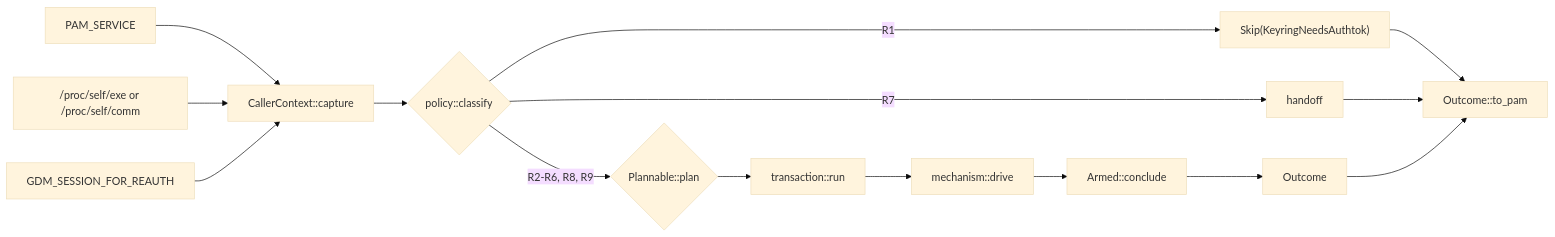
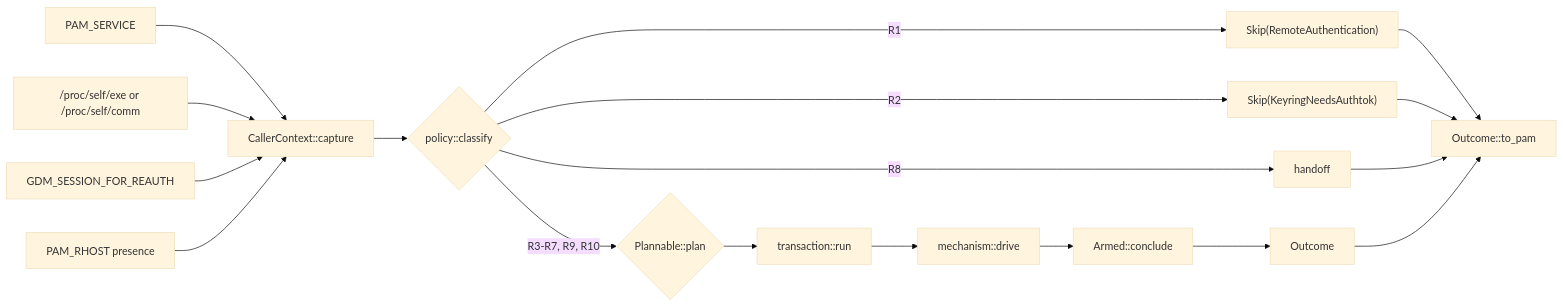
Before and after one commit to Lolle2000la/tapauth: the first of 2 diagrams in docs/design-documents/pam-conversation-policy.md, drawn with Mermaid (base theme). The commit also changed other lines of this file and 1 other file, not shown here.

First line of the commit message:
docs(pam): adopt the PAM conversation policy as an accepted design document

````diff
--- a/docs/design-documents/pam-conversation-policy.md
+++ b/docs/design-documents/pam-conversation-policy.md
@@ -621,17 +806,20 @@
 ```mermaid
 flowchart LR
   A["PAM_SERVICE"] --> C["CallerContext::capture"]
   B["/proc/self/exe or /proc/self/comm"] --> C
   E["GDM_SESSION_FOR_REAUTH"] --> C
+  R["PAM_RHOST presence"] --> C
   C --> P{"policy::classify"}
-  P -->|R1| S["Skip(KeyringNeedsAuthtok)"]
-  P -->|R7| H["handoff"]
-  P -->|"R2-R6, R8, R9"| T{"Plannable::plan"}
+  P -->|R1| S1["Skip(RemoteAuthentication)"]
+  P -->|R2| S["Skip(KeyringNeedsAuthtok)"]
+  P -->|R8| H["handoff"]
+  P -->|"R3-R7, R9, R10"| T{"Plannable::plan"}
   T --> X["transaction::run"]
   X --> M["mechanism::drive"]
   M --> K["Armed::conclude"]
   K --> O["Outcome"]
-  S --> O2["Outcome::to_pam"]
+  S1 --> O2["Outcome::to_pam"]
+  S --> O2
   H --> O2
   O --> O2
 ```
````
